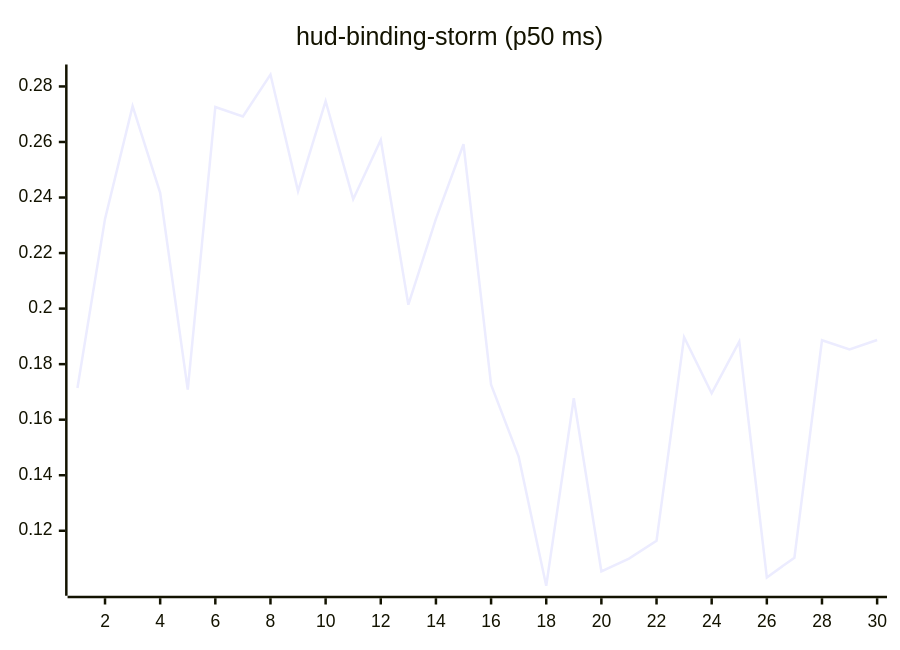
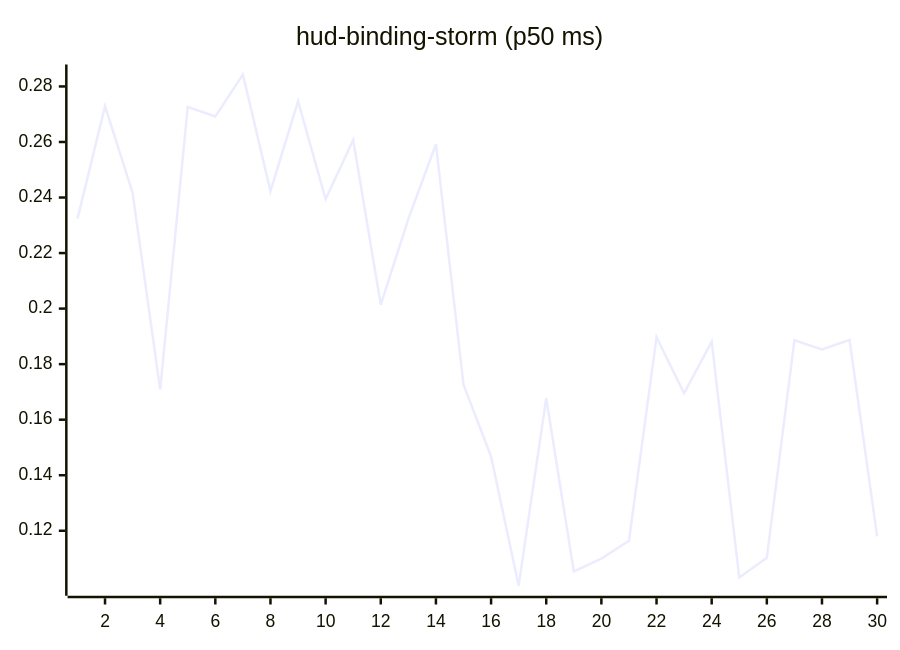
Before and after one commit to josha/Facet: the tenth of 27 diagrams in README.md, drawn with Mermaid. The commit also changed other lines of this file and 2 other files, not shown here.

````diff
--- a/README.md
+++ b/README.md
@@ -126,6 +126,6 @@
 ```mermaid
 xychart-beta
     title "hud-binding-storm (p50 ms)"
     x-axis 1 --> 30
-    line [0.1714, 0.2323, 0.2729, 0.2417, 0.1708, 0.2726, 0.2692, 0.2843, 0.2423, 0.2747, 0.2394, 0.2607, 0.2014, 0.2323, 0.2592, 0.1726, 0.1467, 0.1002, 0.1677, 0.1054, 0.1100, 0.1164, 0.1897, 0.1695, 0.1881, 0.1032, 0.1103, 0.1886, 0.1853, 0.1887]
+    line [0.2323, 0.2729, 0.2417, 0.1708, 0.2726, 0.2692, 0.2843, 0.2423, 0.2747, 0.2394, 0.2607, 0.2014, 0.2323, 0.2592, 0.1726, 0.1467, 0.1002, 0.1677, 0.1054, 0.1100, 0.1164, 0.1897, 0.1695, 0.1881, 0.1032, 0.1103, 0.1886, 0.1853, 0.1887, 0.1180]
 ```
````
